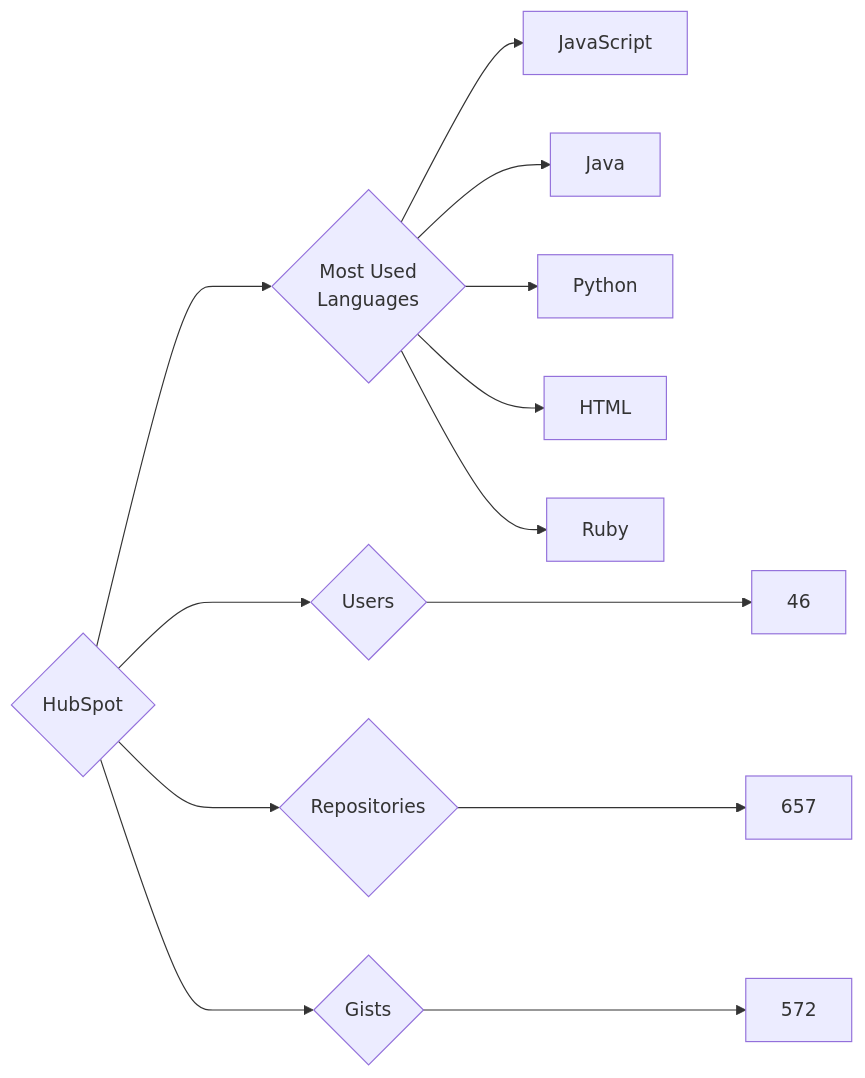
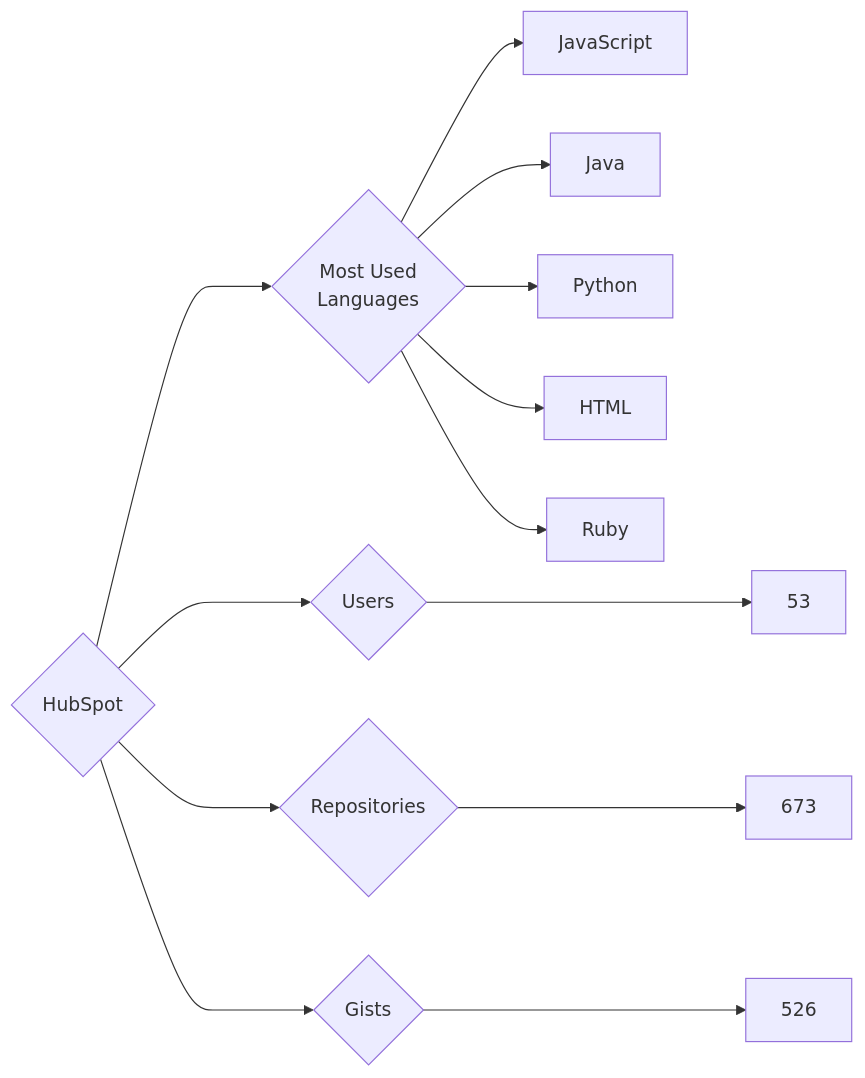
The diagram in targets/HubSpot/README.md (trickest/insiders), drawn with Mermaid before and after one commit. The commit also changed 715 other files, not shown here.

````diff
--- a/targets/HubSpot/README.md
+++ b/targets/HubSpot/README.md
@@ -3,13 +3,13 @@
 ```mermaid
 graph LR
 COMPANY_NAME{HubSpot}
-COMPANY_NAME ---> U{Users} ---> UN[46]
-COMPANY_NAME ---> R{Repositories} ---> RN[657]
-COMPANY_NAME ---> G{Gists} ---> GN[572]
+COMPANY_NAME ---> U{Users} ---> UN[53]
+COMPANY_NAME ---> R{Repositories} ---> RN[673]
+COMPANY_NAME ---> G{Gists} ---> GN[526]
 COMPANY_NAME ---> ML{Most Used<br>Languages}
 ML --> JavaScript[JavaScript]
 ML --> Java[Java]
 ML --> Python[Python]
 ML --> HTML[HTML]
 ML --> Ruby[Ruby]
 ```
````
